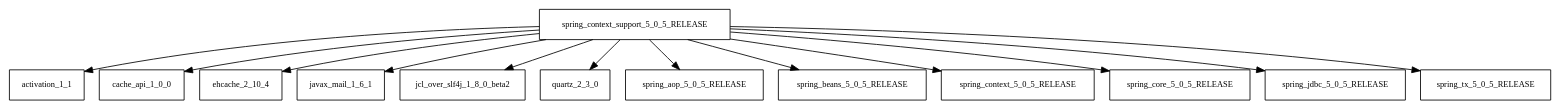
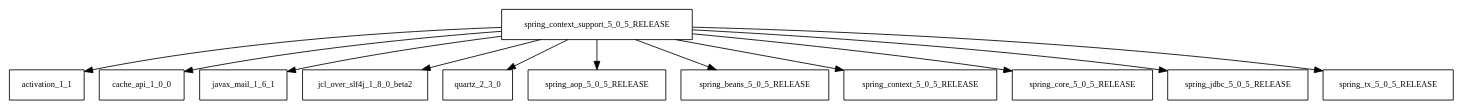
The diagram in tattleTaleReport/graphviz/spring-context-support-5.0.5.RELEASE.jar/spring-context-support-5.0.5.RELEASE.jar.dot (sjvs/cia), drawn with Graphviz before and after one commit. The commit also changed 1518 other files, not shown here.

```diff
--- a/tattleTaleReport/graphviz/spring-context-support-5.0.5.RELEASE.jar/spring-context-support-5.0.5.RELEASE.jar.dot
+++ b/tattleTaleReport/graphviz/spring-context-support-5.0.5.RELEASE.jar/spring-context-support-5.0.5.RELEASE.jar.dot
@@ -1,15 +1,14 @@
 digraph spring_context_support_5_0_5_RELEASE_dependencies {
   node [shape = box, fontsize=10.0];
   spring_context_support_5_0_5_RELEASE -> activation_1_1;
   spring_context_support_5_0_5_RELEASE -> cache_api_1_0_0;
-  spring_context_support_5_0_5_RELEASE -> ehcache_2_10_4;
   spring_context_support_5_0_5_RELEASE -> javax_mail_1_6_1;
   spring_context_support_5_0_5_RELEASE -> jcl_over_slf4j_1_8_0_beta2;
   spring_context_support_5_0_5_RELEASE -> quartz_2_3_0;
   spring_context_support_5_0_5_RELEASE -> spring_aop_5_0_5_RELEASE;
   spring_context_support_5_0_5_RELEASE -> spring_beans_5_0_5_RELEASE;
   spring_context_support_5_0_5_RELEASE -> spring_context_5_0_5_RELEASE;
   spring_context_support_5_0_5_RELEASE -> spring_core_5_0_5_RELEASE;
   spring_context_support_5_0_5_RELEASE -> spring_jdbc_5_0_5_RELEASE;
   spring_context_support_5_0_5_RELEASE -> spring_tx_5_0_5_RELEASE;
 }
```
